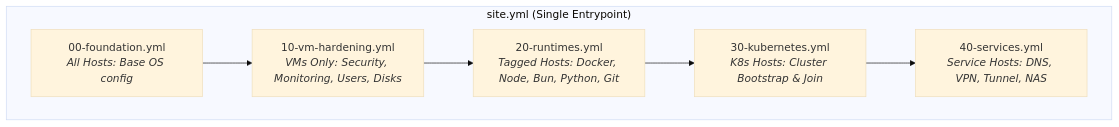
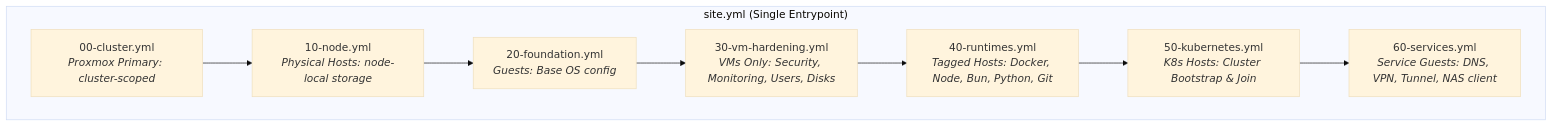
One commit to sinhaaritro/platform-stack changed the first of 3 diagrams in docs/layers/ansible.md. Above: the diagram before and after it, drawn with Mermaid (base theme). The commit also changed other lines of this file and 63 other files, not shown here.

Commit message:
codify host-level NAS as IaC; make DR flow host-first

````diff
--- a/docs/layers/ansible.md
+++ b/docs/layers/ansible.md
@@ -45,12 +45,14 @@
 ```mermaid
 graph TD
     subgraph Entrypoint["site.yml (Single Entrypoint)"]
-        L0["00-foundation.yml<br/><i>All Hosts: Base OS config</i>"]
-        L1["10-vm-hardening.yml<br/><i>VMs Only: Security, Monitoring, Users, Disks</i>"]
-        L2["20-runtimes.yml<br/><i>Tagged Hosts: Docker, Node, Bun, Python, Git</i>"]
-        L3["30-kubernetes.yml<br/><i>K8s Hosts: Cluster Bootstrap & Join</i>"]
-        L4["40-services.yml<br/><i>Service Hosts: DNS, VPN, Tunnel, NAS</i>"]
+        L0["00-cluster.yml<br/><i>Proxmox Primary: cluster-scoped</i>"]
+        L1["10-node.yml<br/><i>Physical Hosts: node-local storage</i>"]
+        L2["20-foundation.yml<br/><i>Guests: Base OS config</i>"]
+        L3["30-vm-hardening.yml<br/><i>VMs Only: Security, Monitoring, Users, Disks</i>"]
+        L4["40-runtimes.yml<br/><i>Tagged Hosts: Docker, Node, Bun, Python, Git</i>"]
+        L5["50-kubernetes.yml<br/><i>K8s Hosts: Cluster Bootstrap & Join</i>"]
+        L6["60-services.yml<br/><i>Service Guests: DNS, VPN, Tunnel, NAS client</i>"]
 
-        L0 --> L1 --> L2 --> L3 --> L4
+        L0 --> L1 --> L2 --> L3 --> L4 --> L5 --> L6
     end
 ```
````
